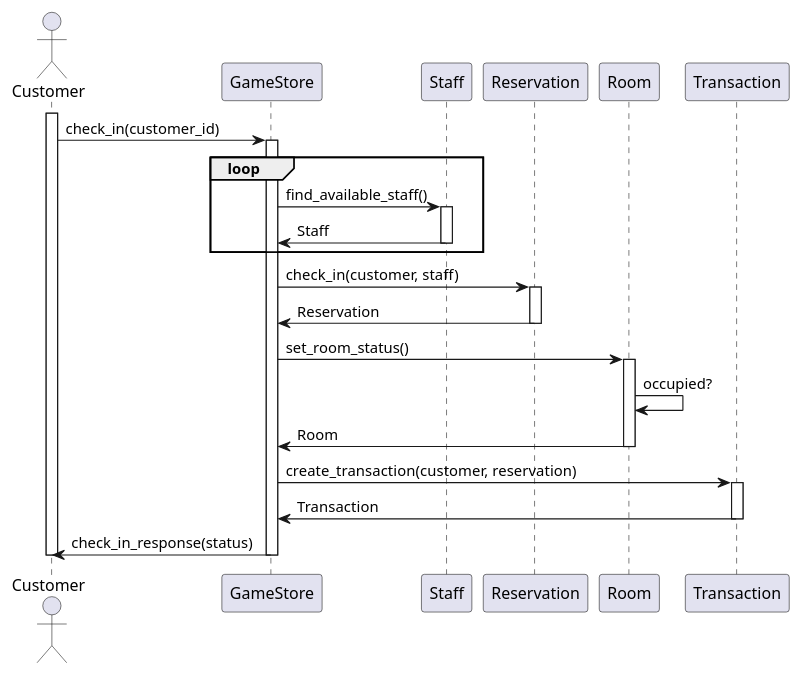
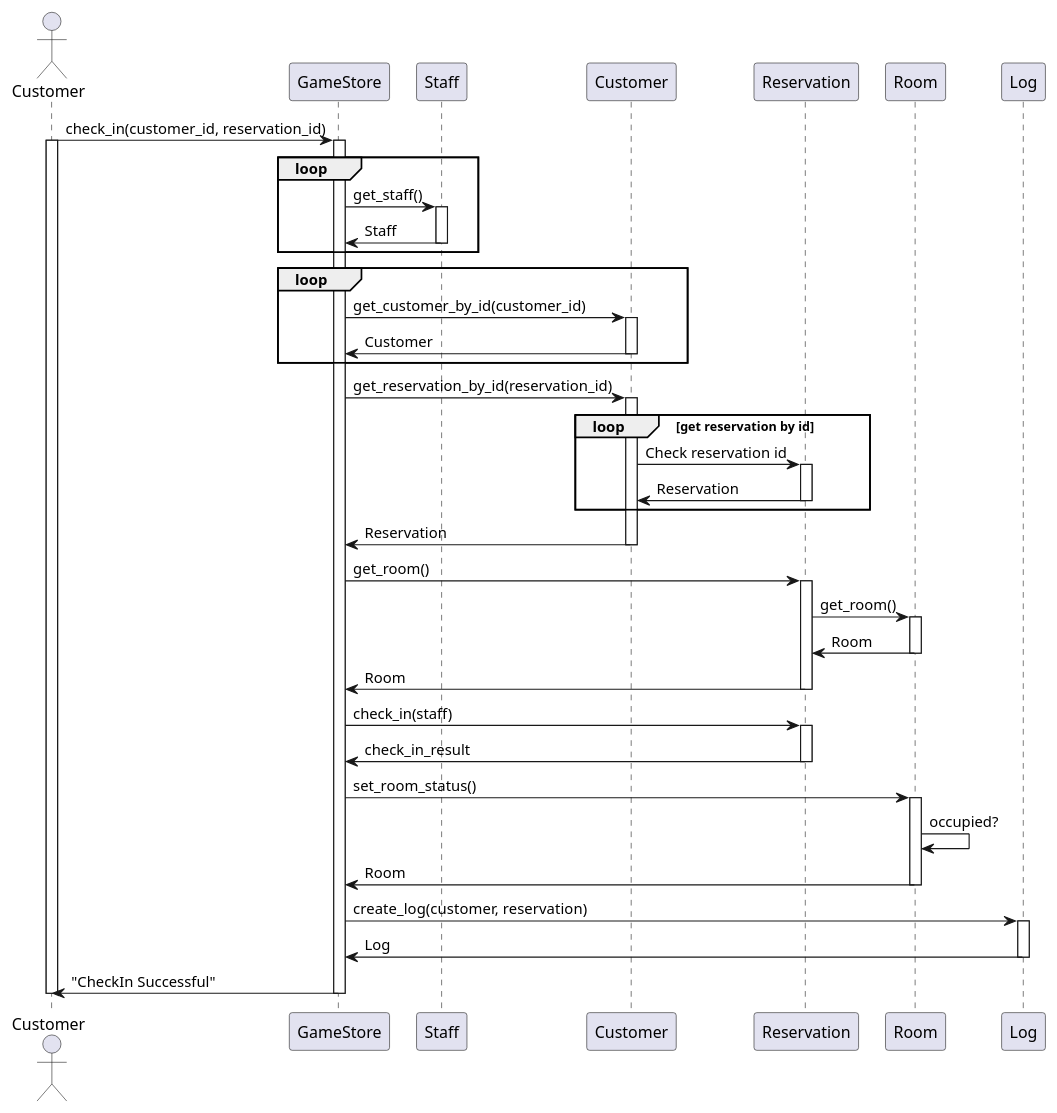
The diagram in SequenceDiagram/poon/checkin_diagram.puml (WaroonRagwongsiri/OOP_Project), drawn with PlantUML before and after one commit. The commit also changed 7 other files, not shown here.

```diff
--- a/SequenceDiagram/poon/checkin_diagram.puml
+++ b/SequenceDiagram/poon/checkin_diagram.puml
@@ -1,38 +1,67 @@
 @startuml name
 
-actor Customer
+actor Customer as A_Customer
 
-activate Customer
-Customer -> GameStore : check_in(customer_id)
+A_Customer -> GameStore : check_in(customer_id, reservation_id)
+activate A_Customer
 
 loop
 activate GameStore
-GameStore -> Staff: find_available_staff()
-
+GameStore -> Staff: get_staff()
 activate Staff
 Staff -> GameStore: Staff
 deactivate Staff
+end loop
+
+participant Customer as P_Customer
+
+loop
+GameStore -> P_Customer: get_customer_by_id(customer_id)
+activate P_Customer
+P_Customer -> GameStore: Customer
+deactivate P_Customer
+end loop
+
+
+GameStore -> P_Customer: get_reservation_by_id(reservation_id)
+activate P_Customer
+loop get reservation by id
+    P_Customer -> Reservation: Check reservation id
+    activate Reservation
+    Reservation -> P_Customer: Reservation
+    deactivate Reservation
 end
+P_Customer -> GameStore: Reservation
+deactivate P_Customer
 
-GameStore -> Reservation: check_in(customer, staff)
+GameStore -> Reservation: get_room()
 activate Reservation
-Reservation -> GameStore: Reservation
+Reservation -> Room : get_room()
+activate Room
+Room -> Reservation: Room
+deactivate Room
+Reservation -> GameStore: Room
+deactivate Reservation
+
+GameStore -> Reservation: check_in(staff)
+activate Reservation
+Reservation -> GameStore: check_in_result
 deactivate Reservation
 
 GameStore -> Room: set_room_status()
 activate Room
 Room -> Room: occupied?
 Room -> GameStore: Room
 deactivate Room
 
-GameStore -> Transaction: create_transaction(customer, reservation)
-activate Transaction
-Transaction -> GameStore: Transaction
-deactivate Transaction
+GameStore -> Log: create_log(customer, reservation)
+activate Log
+Log -> GameStore: Log
+deactivate Log
 
-GameStore -> Customer : check_in_response(status)
+GameStore -> A_Customer : "CheckIn Successful"
 deactivate GameStore
 
-deactivate Customer
+deactivate A_Customer
 
 @enduml
```
